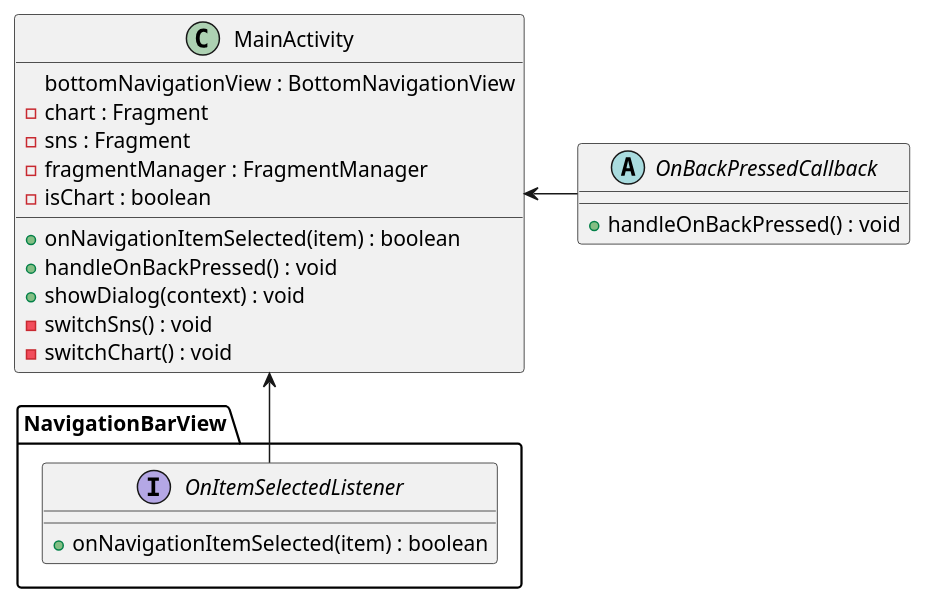
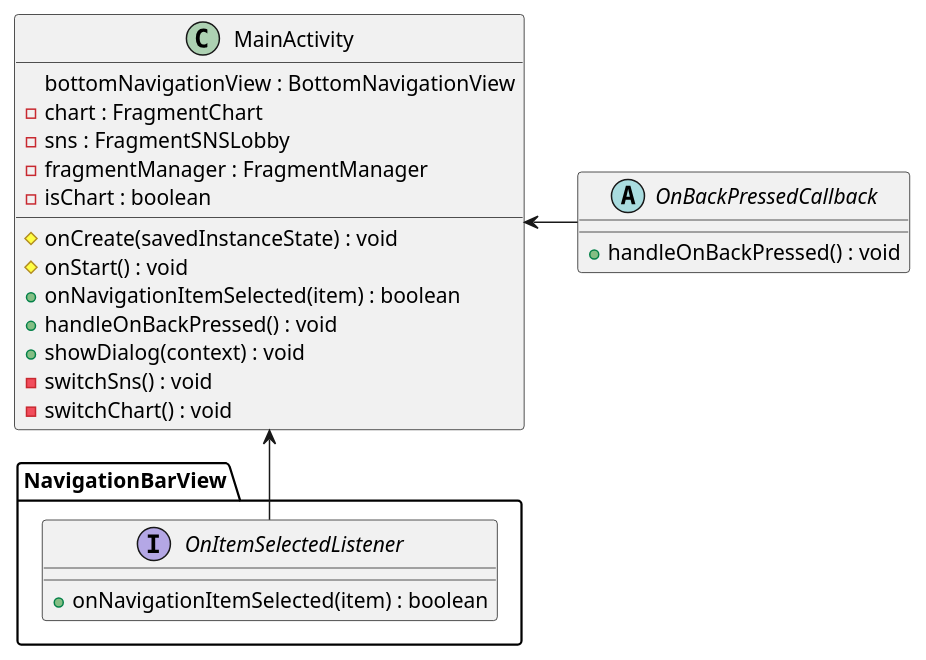
One commit to CherryIntoSpace/SubwayApp changed the diagram in app/src/main/java/com/daejin/subwayapp/diagram/MainActivity.puml. Above: the diagram before and after it, drawn with PlantUML. The commit also changed 14 other files, not shown here.

```diff
--- a/app/src/main/java/com/daejin/subwayapp/diagram/MainActivity.puml
+++ b/app/src/main/java/com/daejin/subwayapp/diagram/MainActivity.puml
@@ -1,26 +1,28 @@
 @startuml
 MainActivity <- OnBackPressedCallback
 MainActivity <-- NavigationBarView.OnItemSelectedListener
 
 abstract class OnBackPressedCallback {
     +handleOnBackPressed() : void
 }
 class MainActivity {
     bottomNavigationView : BottomNavigationView
-    -chart : Fragment
-    -sns : Fragment
+    -chart : FragmentChart
+    -sns : FragmentSNSLobby
     -fragmentManager : FragmentManager
     -isChart : boolean
 
+    #onCreate(savedInstanceState) : void
+    #onStart() : void
     +onNavigationItemSelected(item) : boolean
     +handleOnBackPressed() : void
     +showDialog(context) : void
     -switchSns() : void
     -switchChart() : void
 }
 
 interface NavigationBarView.OnItemSelectedListener {
     +onNavigationItemSelected(item) : boolean
 }
 
 @enduml
```
